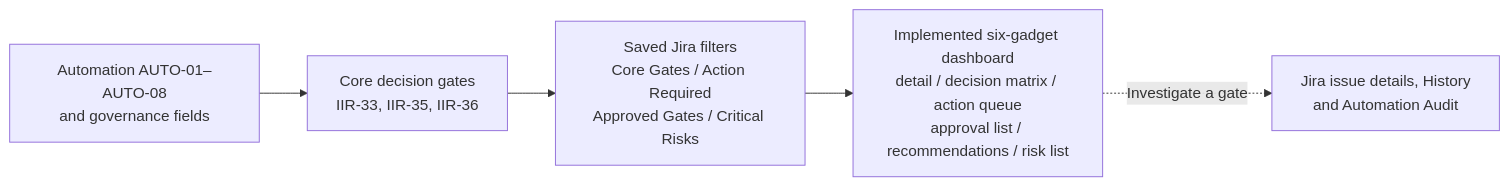
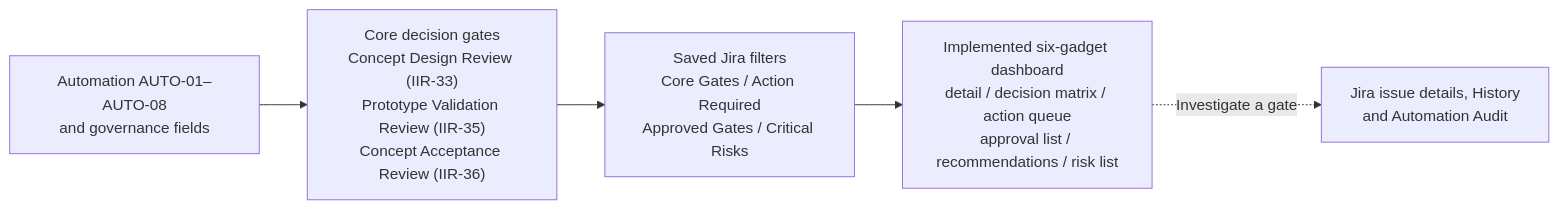
One commit to VahidMohammadii/innovation-management-system-jira changed the first of 2 diagrams in 06-dashboard/conceptual-innovation-governance-dashboard.md. Above: the diagram before and after it, drawn with Mermaid. The commit also changed other lines of this file, not shown here.

Commit message:
docs: polish employer-readable issue names and diagram labels

````diff
--- a/06-dashboard/conceptual-innovation-governance-dashboard.md
+++ b/06-dashboard/conceptual-innovation-governance-dashboard.md
@@ -27,7 +27,7 @@
 ```mermaid
 flowchart LR
-    G["Core decision gates<br/>IIR-33, IIR-35, IIR-36"] --> F["Saved Jira filters<br/>Core Gates / Action Required<br/>Approved Gates / Critical Risks"]
+    G["Core decision gates<br/>Concept Design Review (IIR-33)<br/>Prototype Validation Review (IIR-35)<br/>Concept Acceptance Review (IIR-36)"] --> F["Saved Jira filters<br/>Core Gates / Action Required<br/>Approved Gates / Critical Risks"]
     A["Automation AUTO-01–AUTO-08<br/>and governance fields"] --> G
     F --> D["Implemented six-gadget dashboard<br/>detail / decision matrix / action queue<br/>approval list / recommendations / risk list"]
     D -. "Investigate a gate" .-> H["Jira issue details, History<br/>and Automation Audit"]
 ```
````
